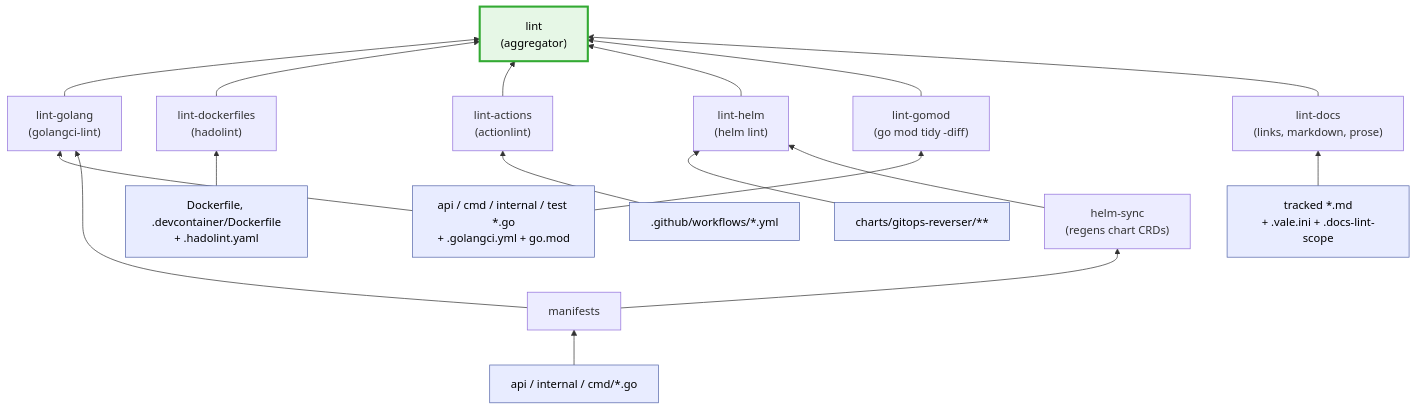
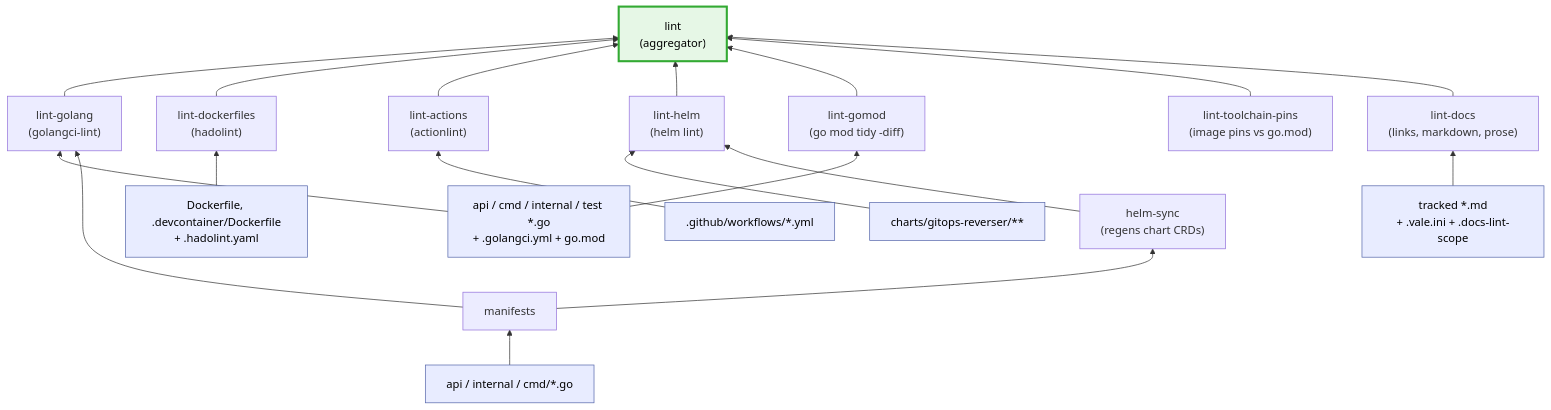
One commit to ConfigButler/gitops-reverser changed the second of 5 diagrams in docs/tasks-overview.md. Above: the diagram before and after it, drawn with Mermaid. The commit also changed other lines of this file and 11 other files, not shown here.

````diff
--- a/docs/tasks-overview.md
+++ b/docs/tasks-overview.md
@@ -120,28 +120,29 @@
 ```mermaid
 flowchart BT
   classDef src fill:#e8ecff,stroke:#5566aa,color:#000;
   classDef key fill:#e6f7e6,stroke:#33aa33,stroke-width:3px,color:#000;
 
   GO["api / cmd / internal / test *.go<br/>+ .golangci.yml + go.mod"]:::src
   DOCKER["Dockerfile, .devcontainer/Dockerfile<br/>+ .hadolint.yaml"]:::src
   WF[".github/workflows/*.yml"]:::src
   CHART["charts/gitops-reverser/**"]:::src
   API["api / internal / cmd/*.go"]:::src
   MD["tracked *.md<br/>+ .vale.ini + .docs-lint-scope"]:::src
 
   GO --> LGO
   GO --> GOMOD
   DOCKER --> DLINT
   WF --> ALINT
   MD --> DOCS
   API --> manifests --> SYNC["helm-sync<br/>(regens chart CRDs)"]
   manifests --> LGO
   CHART --> HLINT
   SYNC --> HLINT["lint-helm<br/>(helm lint)"]
   LGO["lint-golang<br/>(golangci-lint)"] --> LINT["lint<br/>(aggregator)"]:::key
   DLINT["lint-dockerfiles<br/>(hadolint)"] --> LINT
   ALINT["lint-actions<br/>(actionlint)"] --> LINT
   HLINT --> LINT
   GOMOD["lint-gomod<br/>(go mod tidy -diff)"] --> LINT
+  PINS["lint-toolchain-pins<br/>(image pins vs go.mod)"] --> LINT
   DOCS["lint-docs<br/>(links, markdown, prose)"] --> LINT
 ```
````
